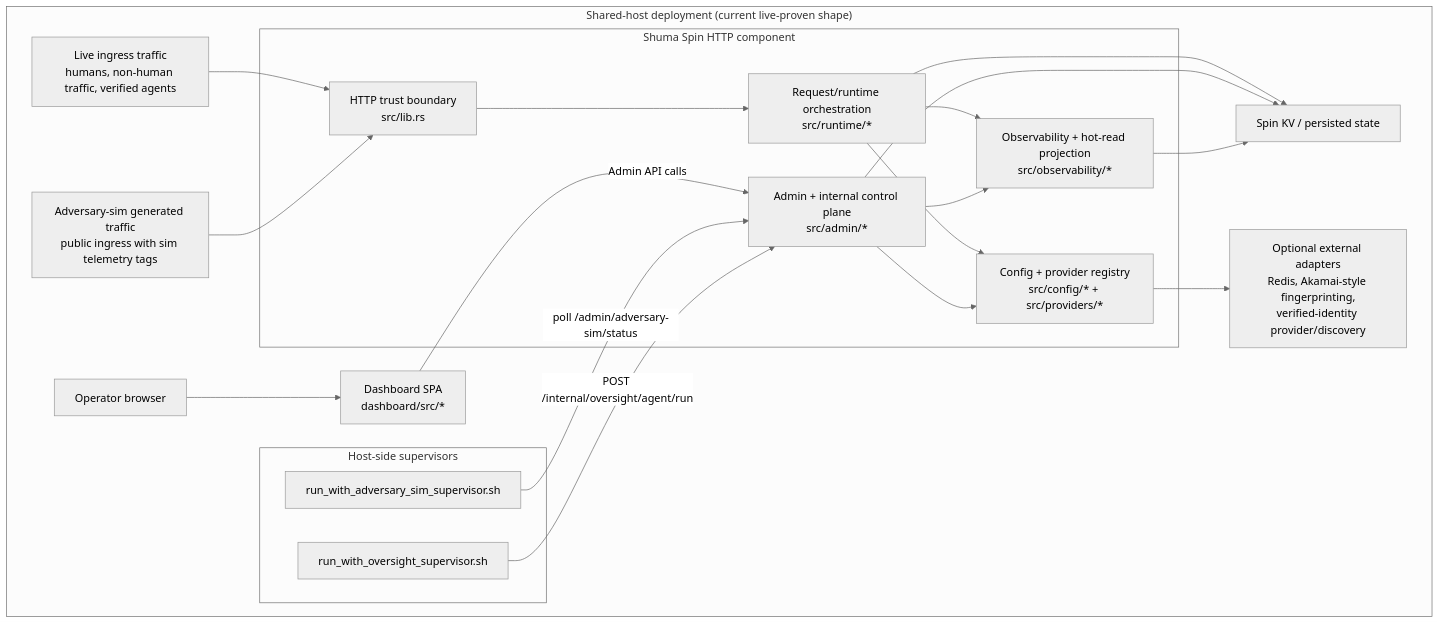
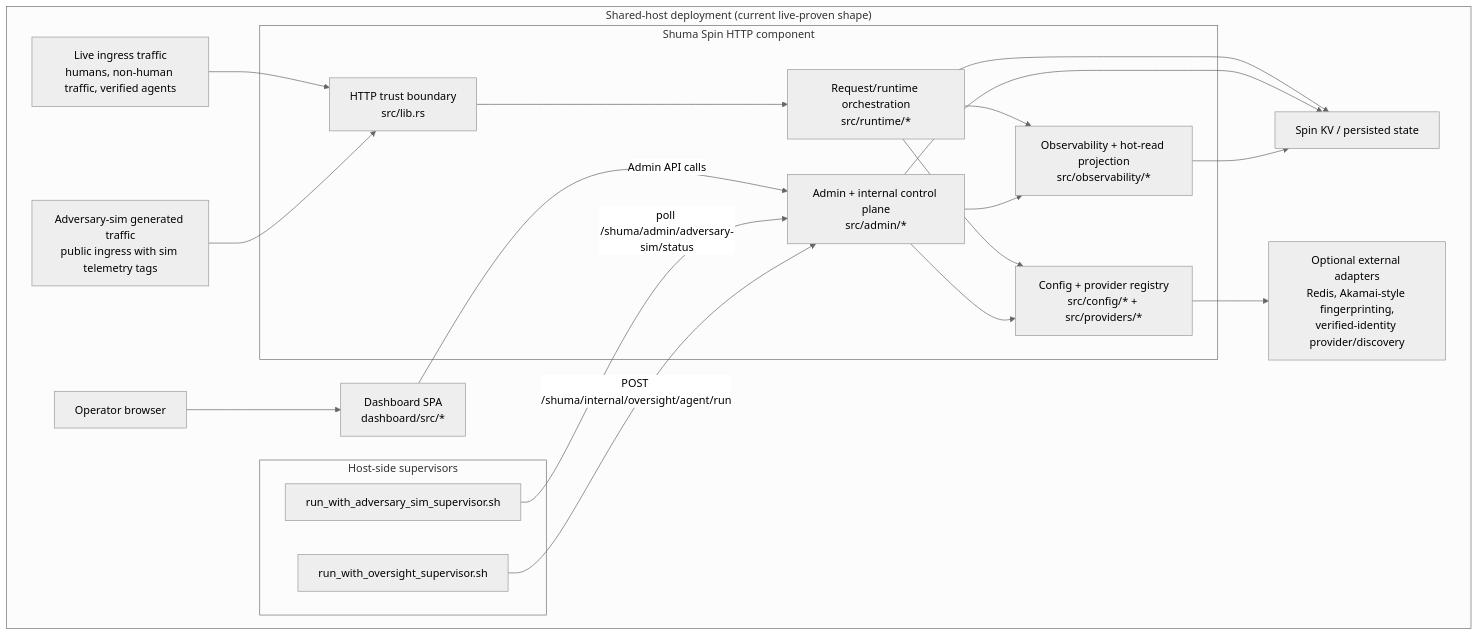
Before and after one commit to atomless/Shuma-Gorath: the first of 3 diagrams in docs/current-system-architecture.md, drawn with Mermaid (neutral theme). The commit also changed other lines of this file and 22 other files, not shown here.

````diff
--- a/docs/current-system-architecture.md
+++ b/docs/current-system-architecture.md
@@ -32,44 +32,44 @@
 ```mermaid
 flowchart TB
   subgraph Host["Shared-host deployment (current live-proven shape)"]
     Operator["Operator browser"]
     Visitors["Live ingress traffic<br/>humans, non-human traffic, verified agents"]
     SimTraffic["Adversary-sim generated traffic<br/>public ingress with sim telemetry tags"]
 
     subgraph Supervisors["Host-side supervisors"]
       AdvSup["run_with_adversary_sim_supervisor.sh"]
       OvrSup["run_with_oversight_supervisor.sh"]
     end
 
     subgraph App["Shuma Spin HTTP component"]
       Entry["HTTP trust boundary<br/>src/lib.rs"]
       Runtime["Request/runtime orchestration<br/>src/runtime/*"]
       Admin["Admin + internal control plane<br/>src/admin/*"]
       Obs["Observability + hot-read projection<br/>src/observability/*"]
       ConfigProv["Config + provider registry<br/>src/config/* + src/providers/*"]
     end
 
     KV["Spin KV / persisted state"]
     Dashboard["Dashboard SPA<br/>dashboard/src/*"]
     Optional["Optional external adapters<br/>Redis, Akamai-style fingerprinting,<br/>verified-identity provider/discovery"]
   end
 
   Operator --> Dashboard
   Dashboard -->|"Admin API calls"| Admin
   Visitors --> Entry
   SimTraffic --> Entry
-  AdvSup -->|"poll /admin/adversary-sim/status"| Admin
-  OvrSup -->|"POST /internal/oversight/agent/run"| Admin
+  AdvSup -->|"poll /shuma/admin/adversary-sim/status"| Admin
+  OvrSup -->|"POST /shuma/internal/oversight/agent/run"| Admin
 
   Entry --> Runtime
   Runtime --> Obs
   Runtime --> ConfigProv
   Runtime --> KV
 
   Admin --> Obs
   Admin --> ConfigProv
   Admin --> KV
 
   Obs --> KV
   ConfigProv --> Optional
 ```
````
